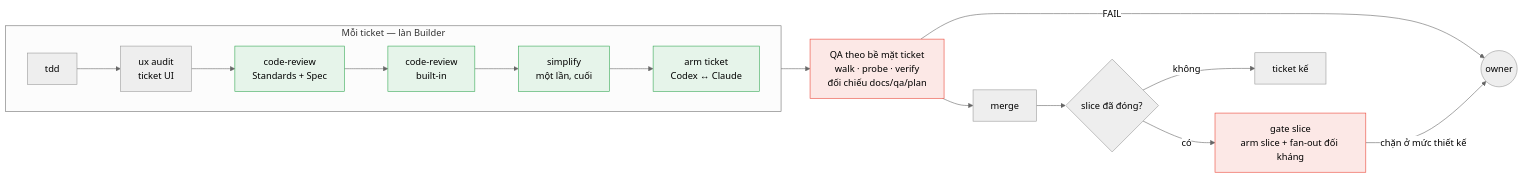
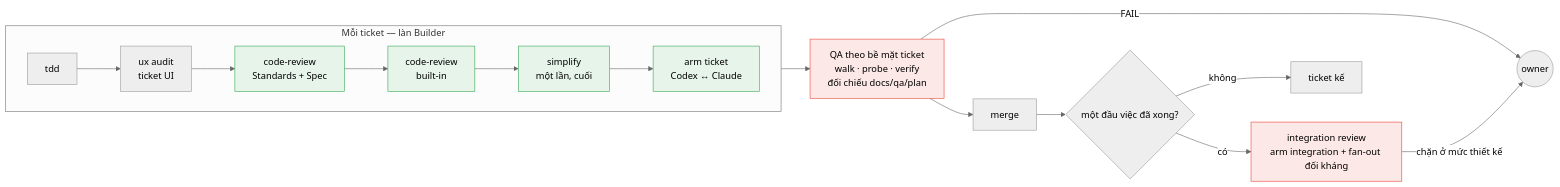
One commit to thientranhung/astragentic changed the third of 3 diagrams in README.vn.md. Above: the diagram before and after it, drawn with Mermaid (neutral theme). The commit also changed other lines of this file and 23 other files, not shown here.

First line of the commit message:
slice gate renamed integration review (owner 2026-11-27: 'slice' collides with the Shaper cutting a spec into tickets)

````diff
--- a/README.vn.md
+++ b/README.vn.md
@@ -173,21 +173,21 @@
 ```mermaid
 flowchart LR
     subgraph PT["Mỗi ticket — làn Builder"]
         direction LR
         R0["tdd"] --> RU["ux audit\nticket UI"] --> R1["code-review\nStandards + Spec"] --> R2["code-review\nbuilt-in"] --> R3["simplify\nmột lần, cuối"] --> R4["arm ticket\nCodex ↔ Claude"]
     end
     PT --> QA["QA theo bề mặt ticket\nwalk · probe · verify\nđối chiếu docs/qa/plan"]
     QA --> M["merge"]
-    M --> SC{"slice đã đóng?"}
-    SC -->|có| SG["gate slice\narm slice + fan-out đối kháng"]
+    M --> SC{"một đầu việc đã xong?"}
+    SC -->|có| SG["integration review\narm integration + fan-out đối kháng"]
     SC -->|không| Next["ticket kế"]
     QA -->|FAIL| Owner(("owner"))
     SG -->|chặn ở mức thiết kế| Owner
 
     style R1 fill:#e6f4ea,stroke:#34a853
     style R2 fill:#e6f4ea,stroke:#34a853
     style R3 fill:#e6f4ea,stroke:#34a853
     style R4 fill:#e6f4ea,stroke:#34a853
     style QA fill:#fce8e6,stroke:#ea4335
     style SG fill:#fce8e6,stroke:#ea4335
 ```
````
